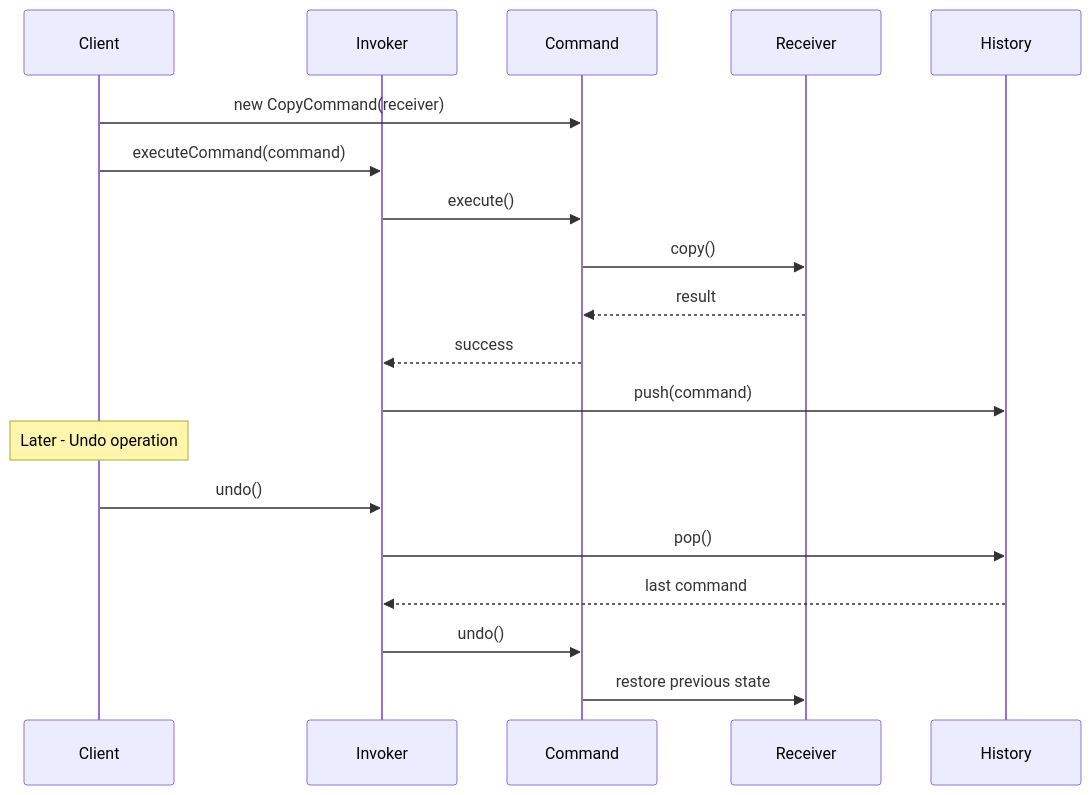
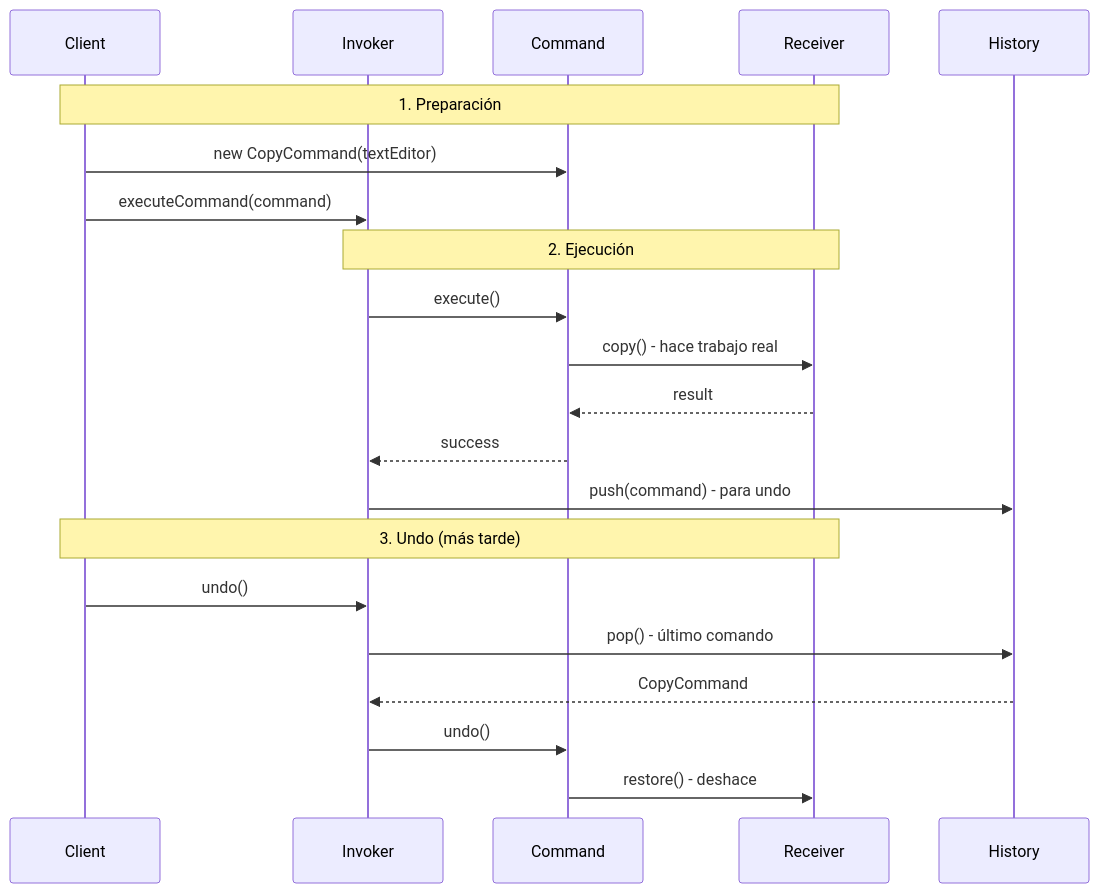
The third of 3 diagrams in patrones-diseno/comportamiento/patterns/Command.md (JheisonMB/software-patterns-guide), drawn with Mermaid before and after one commit. The commit also changed other lines of this file and 22 other files, not shown here.

````diff
--- a/patrones-diseno/comportamiento/patterns/Command.md
+++ b/patrones-diseno/comportamiento/patterns/Command.md
@@ -131,23 +158,26 @@
 ```mermaid
 sequenceDiagram
     participant Client
     participant Invoker
     participant Command
     participant Receiver
     participant History
     
-    Client->>Command: new CopyCommand(receiver)
+    Note over Client,Receiver: 1. Preparación
+    Client->>Command: new CopyCommand(textEditor)
     Client->>Invoker: executeCommand(command)
+    
+    Note over Invoker,Receiver: 2. Ejecución
     Invoker->>Command: execute()
-    Command->>Receiver: copy()
+    Command->>Receiver: copy() - hace trabajo real
     Receiver-->>Command: result
     Command-->>Invoker: success
-    Invoker->>History: push(command)
+    Invoker->>History: push(command) - para undo
     
-    Note over Client: Later - Undo operation
+    Note over Client,Receiver: 3. Undo (más tarde)
     Client->>Invoker: undo()
-    Invoker->>History: pop()
-    History-->>Invoker: last command
+    Invoker->>History: pop() - último comando
+    History-->>Invoker: CopyCommand
     Invoker->>Command: undo()
-    Command->>Receiver: restore previous state
+    Command->>Receiver: restore() - deshace
 ```
````
